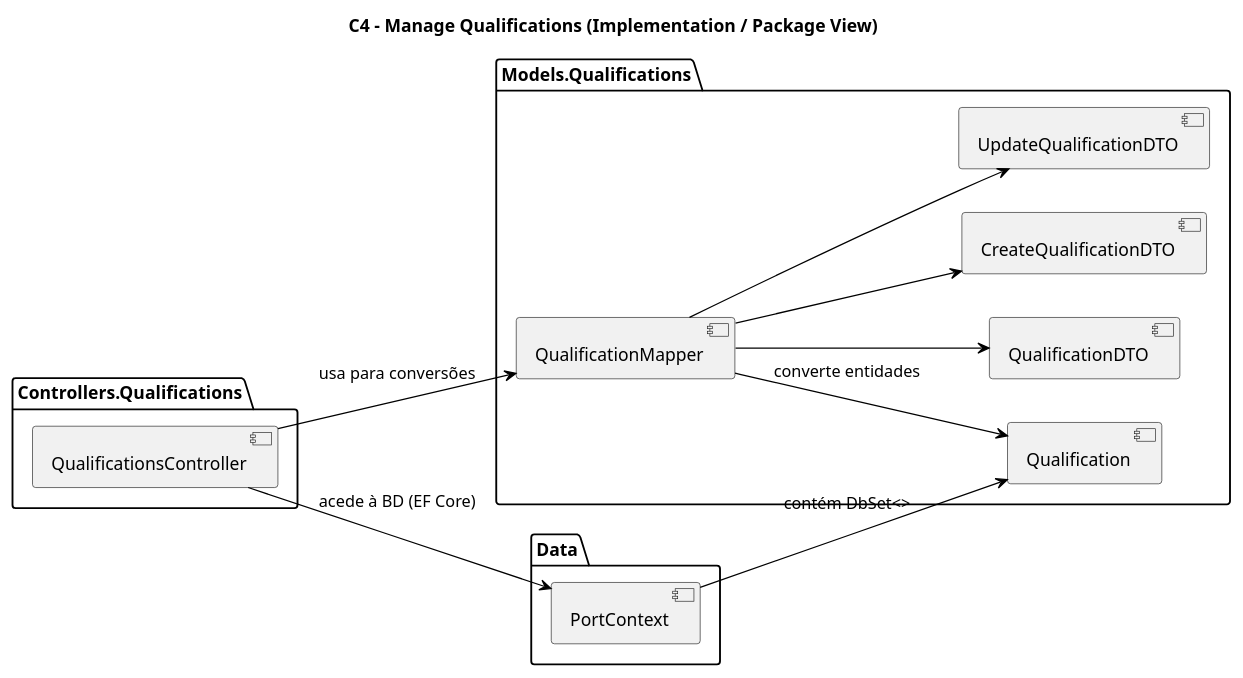
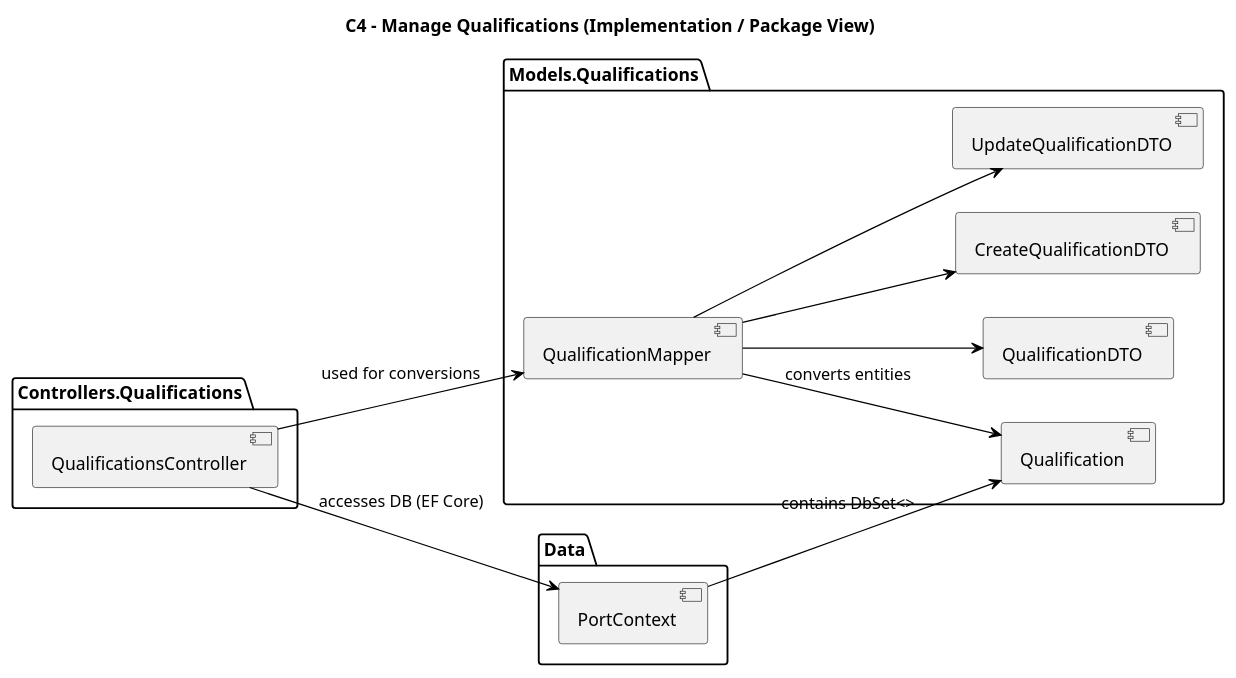
Before and after one commit to Departamento-de-Engenharia-Informatica/LEI-SEM5-PI-2025-26-3DM-03: the diagram in Docs/Sprint A/US 2.2.13/Modelo c4/C4_impl.puml, drawn with PlantUML. The commit also changed 10 other files, not shown here.

Commit message:
Translate UML diagrams and documentation for Manage Qualifications use case to English (us 2.2.13) #14

```diff
--- a/Docs/Sprint A/US 2.2.13/Modelo c4/C4_impl.puml
+++ b/Docs/Sprint A/US 2.2.13/Modelo c4/C4_impl.puml
@@ -1,48 +1,48 @@
 @startuml C4_Manage_Qualifications_Implementation_View
 title C4 – Manage Qualifications (Implementation / Package View)
 left to right direction
 hide empty members
 
 skinparam package {
   BackgroundColor White
   BorderColor Black
   FontColor Black
   FontStyle bold
 }
 skinparam arrow {
   Color Black
 }
 
-' ======================
-' Estrutura do domínio Qualifications
-' ======================
-
+'' ======================
+'' Qualifications domain structure
+'' ======================
+''
 package "Controllers.Qualifications" {
   [QualificationsController]
 }
 
 package "Models.Qualifications" {
   [Qualification]
   [QualificationDTO]
   [CreateQualificationDTO]
   [UpdateQualificationDTO]
   [QualificationMapper]
 }
 
 package "Data" {
   [PortContext]
 }
 
-' ======================
-' Relações
-' ======================
-
-[QualificationsController] --> [QualificationMapper] : usa para conversões
-[QualificationsController] --> [PortContext] : acede à BD (EF Core)
-[QualificationMapper] --> [Qualification] : converte entidades
+' '' ======================
+' '' Relationships
+' '' ======================
+' 
+[QualificationsController] --> [QualificationMapper] : used for conversions
+[QualificationsController] --> [PortContext] : accesses DB (EF Core)
+[QualificationMapper] --> [Qualification] : converts entities
 [QualificationMapper] --> [QualificationDTO]
 [QualificationMapper] --> [CreateQualificationDTO]
 [QualificationMapper] --> [UpdateQualificationDTO]
-[PortContext] --> [Qualification] : contém DbSet<>
+[PortContext] --> [Qualification] : contains DbSet<>
 
 @enduml
```
